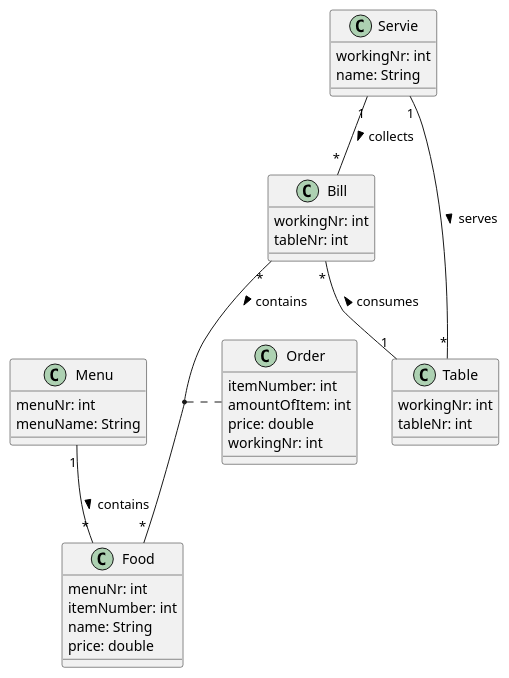
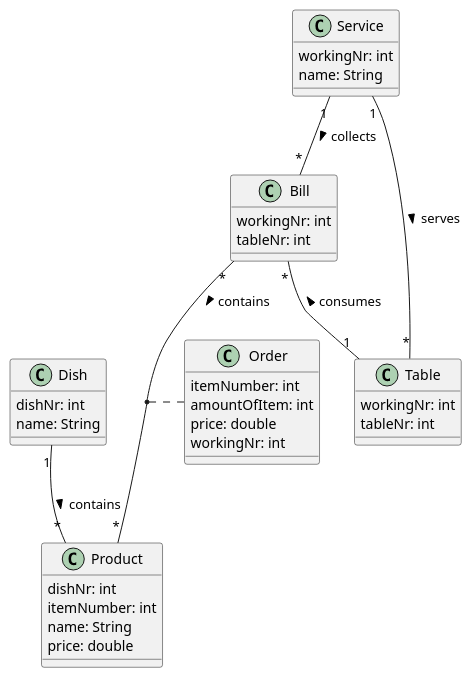
The diagram in asciidocs/plantuml/dom.puml (2223-3bhif-syp/02-projekte-restaurant-bestellsystem), drawn with PlantUML before and after one commit.

Commit message:
updated dom

```diff
--- a/asciidocs/plantuml/dom.puml
+++ b/asciidocs/plantuml/dom.puml
@@ -1,43 +1,43 @@
 @startuml
-class Menu {
-menuNr: int
-menuName: String
+class Dish {
+dishNr: int
+name: String
 }
 
-class Food {
-menuNr: int
+class Product {
+dishNr: int
 itemNumber: int
 name: String
 price: double
 }
 
 class Bill {
 workingNr: int
 tableNr: int
 }
 
-class Servie {
+class Service {
 workingNr: int
 name: String
 }
 
 class Table {
 workingNr: int
 tableNr: int
 }
 
 class Order {
 itemNumber: int
 amountOfItem: int
 price: double
 workingNr: int
 }
 
 
-Servie "1" -- "*" Bill : > collects
+Service "1" -- "*" Bill : > collects
 Bill "*" -- "1" Table : < consumes
-Servie "1" -- "*" Table : > serves
-Menu "1" -- "*" Food : > contains
-Bill "*" -- "*" Food : > contains
-(Bill, Food) . Order
+Service "1" -- "*" Table : > serves
+Dish "1" -- "*" Product : > contains
+Bill "*" -- "*" Product : > contains
+(Bill, Product) . Order
 @enduml
```
